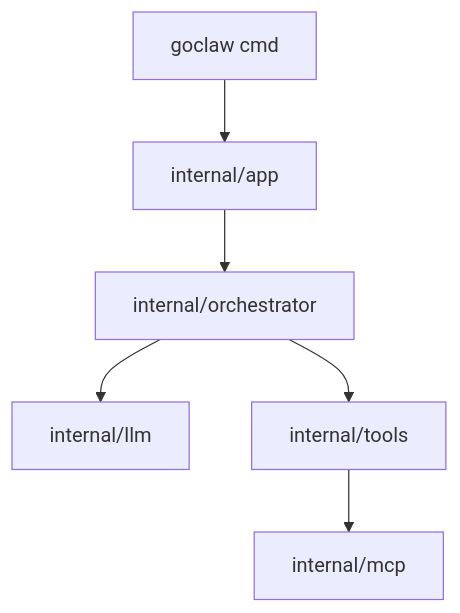
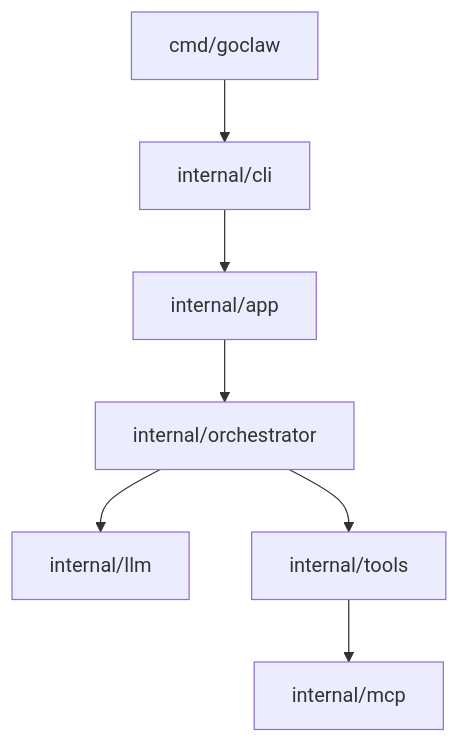
Before and after one commit to okuzpe/go-code: the diagram in docs/architecture.md, drawn with Mermaid. The commit also changed other lines of this file and 54 other files, not shown here.

````diff
--- a/docs/architecture.md
+++ b/docs/architecture.md
@@ -15,8 +15,9 @@
 ```mermaid
 flowchart TB
-  CLI[goclaw cmd] --> App[internal/app]
+  CMD[cmd/goclaw] --> CliPkg[internal/cli]
+  CliPkg --> App[internal/app]
   App --> Orch[internal/orchestrator]
   Orch --> LLM[internal/llm]
   Orch --> Tools[internal/tools]
   Tools --> MCP[internal/mcp]
 ```
````
